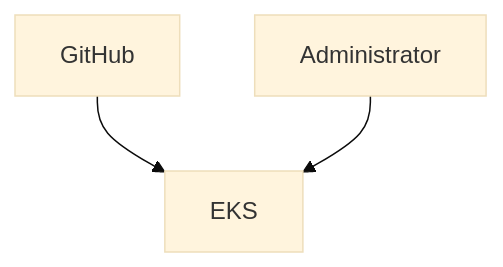
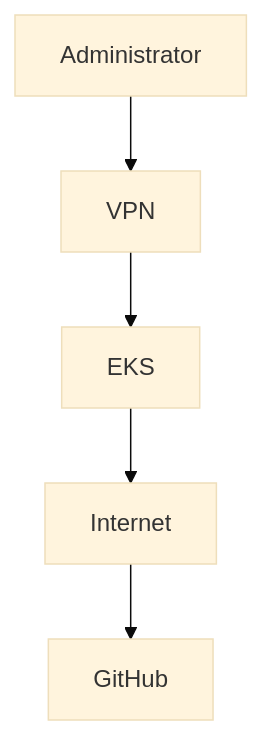
The second of 2 diagrams in records/2024-02-15.private-eks-cluster.md (cds-snc/notification-adr), drawn with Mermaid (base theme) before and after one commit. The commit also changed other lines of this file, not shown here.

````diff
--- a/records/2024-02-15.private-eks-cluster.md
+++ b/records/2024-02-15.private-eks-cluster.md
@@ -21,5 +54,5 @@
 ```mermaid
 graph TD;
-    GitHub-->EKS;
-    Administrator-->EKS;
+    EKS-->Internet-->GitHub;
+    Administrator-->VPN-->EKS;
 ```
````
